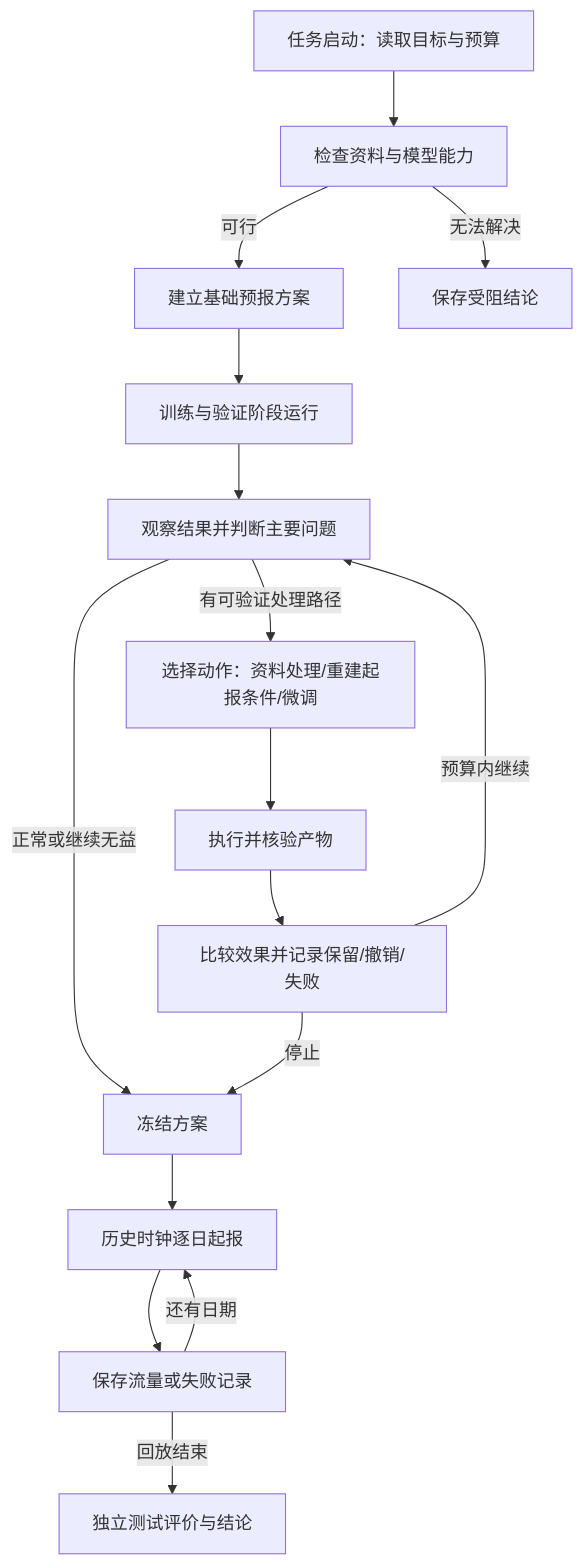
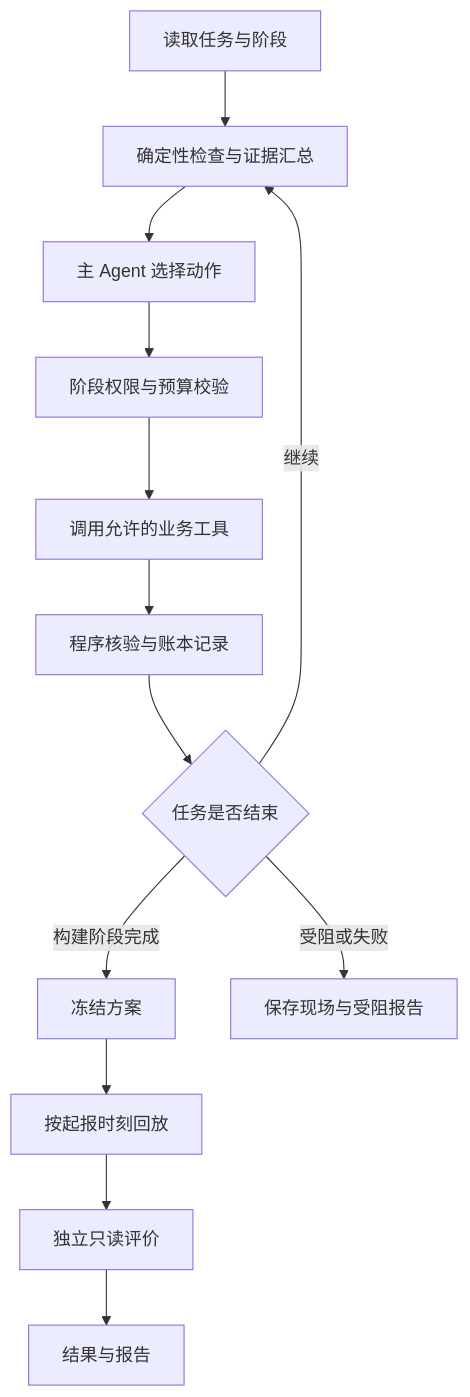
One commit to Inupedia/hydro-agent changed the diagram in docs/基于智能体的水文预报方案构建及参数优化系统 V1.0 开发实施方案.md. Above: the diagram before and after it, drawn with Mermaid. The commit also changed other lines of this file and 4 other files, not shown here.

````diff
--- a/docs/基于智能体的水文预报方案构建及参数优化系统 V1.0 开发实施方案.md
+++ b/docs/基于智能体的水文预报方案构建及参数优化系统 V1.0 开发实施方案.md
@@ -111,18 +147,15 @@
 ```mermaid
 flowchart TD
-    S[任务启动：读取目标与预算] --> C[检查资料与模型能力]
-    C -->|可行| P[建立基础预报方案]
-    C -->|无法解决| B[保存受阻结论]
-    P --> V[训练与验证阶段运行]
-    V --> O[观察结果并判断主要问题]
-    O -->|正常或继续无益| F[冻结方案]
-    O -->|有可验证处理路径| A[选择动作：资料处理/重建起报条件/微调]
-    A --> R[执行并核验产物]
-    R --> E[比较效果并记录保留/撤销/失败]
-    E -->|预算内继续| O
-    E -->|停止| F
-    F --> H[历史时钟逐日起报]
-    H --> Q[保存流量或失败记录]
-    Q -->|还有日期| H
-    Q -->|回放结束| T[独立测试评价与结论]
+    T[读取任务与阶段] --> C[确定性检查与证据汇总]
+    C --> D[主 Agent 选择动作]
+    D --> G[阶段权限与预算校验]
+    G --> X[调用允许的业务工具]
+    X --> V[程序核验与账本记录]
+    V --> Q{任务是否结束}
+    Q -->|继续| C
+    Q -->|构建阶段完成| S[冻结方案]
+    S --> F[按起报时刻回放]
+    F --> E[独立只读评价]
+    Q -->|受阻或失败| R[保存现场与受阻报告]
+    E --> O[结果与报告]
 ```
````
